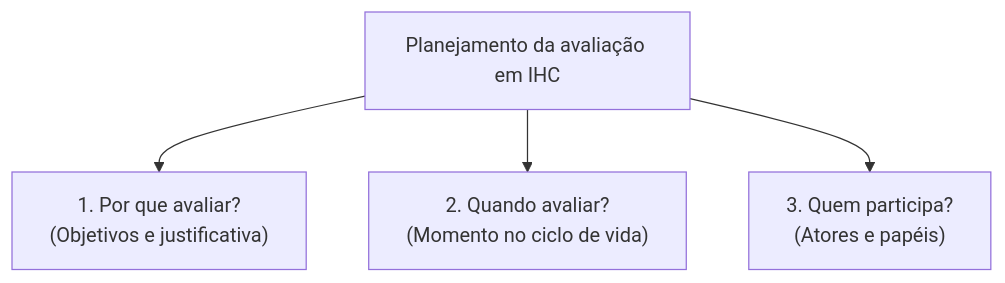
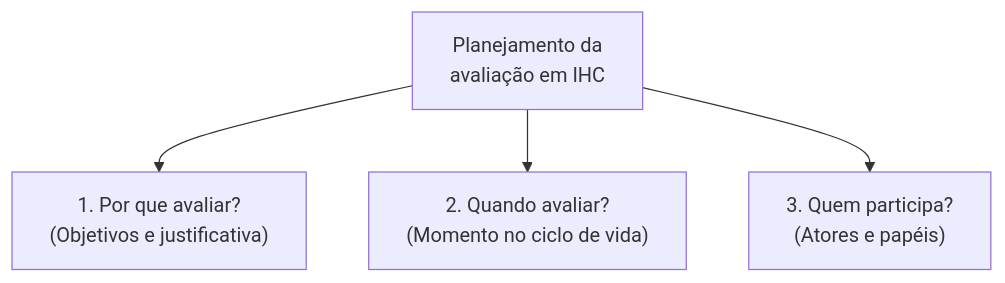
One commit to leorruas/puc changed the first of 4 diagrams in 08. Design de Interacao/19. Avaliação de sistemas interativos - por que, quando e quem participa.md. Above: the diagram before and after it, drawn with Mermaid. The commit also changed other lines of this file and 16 other files, not shown here.

Commit message:
style(mermaid): comprehensive audit and optimization of 45 Mermaid blocks across all 22 topic notes

````diff
--- a/08. Design de Interacao/19. Avaliação de sistemas interativos - por que, quando e quem participa.md
+++ b/08. Design de Interacao/19. Avaliação de sistemas interativos - por que, quando e quem participa.md
@@ -38,6 +38,6 @@
 ```mermaid
 graph TD
-    Avaliacao["Planejamento da avaliação em IHC"] --> Porque["1. Por que avaliar?<br>(Objetivos e justificativa)"]
+    Avaliacao["Planejamento da<br>avaliação em IHC"] --> Porque["1. Por que avaliar?<br>(Objetivos e justificativa)"]
     Avaliacao --> Quando["2. Quando avaliar?<br>(Momento no ciclo de vida)"]
     Avaliacao --> Quem["3. Quem participa?<br>(Atores e papéis)"]
 ```
````
